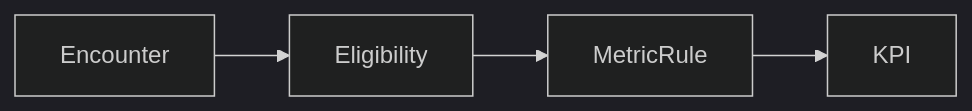
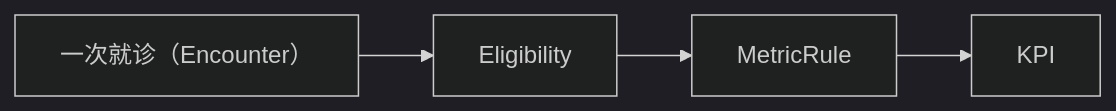
The diagram in days/Day-08.md (rexlin600/ontology_practice), drawn with Mermaid (dark theme) before and after one commit. The commit also changed other lines of this file, not shown here.

````diff
--- a/days/Day-08.md
+++ b/days/Day-08.md
@@ -16,7 +31,7 @@
 ```mermaid
 flowchart LR
-  Encounter["Encounter"] --> Eligibility["Eligibility"]
+  Encounter["一次就诊（Encounter）"] --> Eligibility["Eligibility"]
   Eligibility["Eligibility"] --> MetricRule["MetricRule"]
   MetricRule["MetricRule"] --> KPI["KPI"]
 
 ```
````
